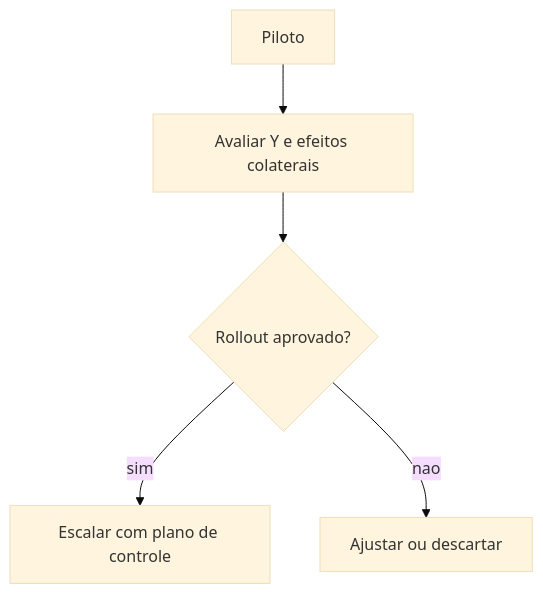
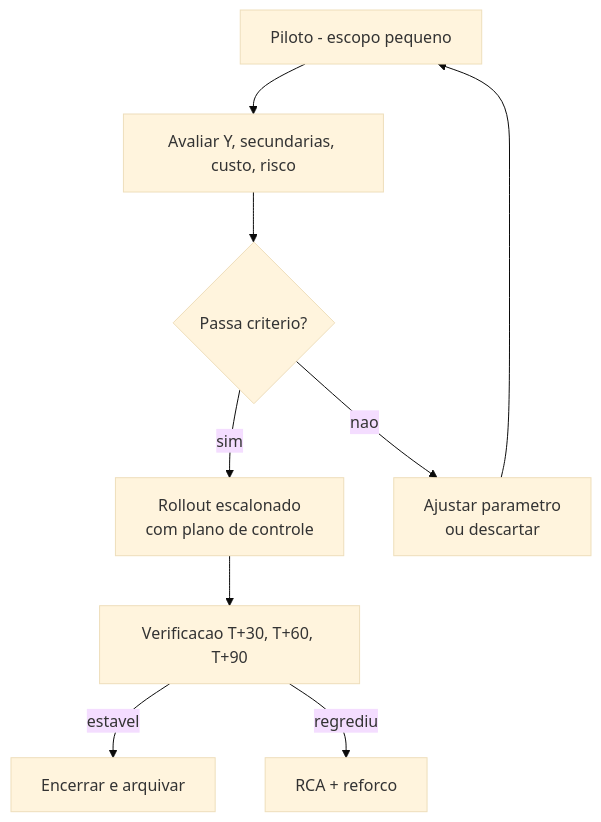
Before and after one commit to cleberhensel/logisticon-academy: the diagram in aulas/trilha-melhoria-continua-e-processos/modulo-02-six-sigma-logistica/aula-03-melhorar-controlar-poka-yoke-sop.md, drawn with Mermaid (base theme). The commit also changed other lines of this file and 122 other files, not shown here.

````diff
--- a/aulas/trilha-melhoria-continua-e-processos/modulo-02-six-sigma-logistica/aula-03-melhorar-controlar-poka-yoke-sop.md
+++ b/aulas/trilha-melhoria-continua-e-processos/modulo-02-six-sigma-logistica/aula-03-melhorar-controlar-poka-yoke-sop.md
@@ -44,11 +70,14 @@
 ```mermaid
 flowchart TD
-  P[Piloto]
-  E[Avaliar Y e efeitos colaterais]
-  R{Rollout aprovado?}
-  S[Escalar com plano de controle]
-  A[Ajustar ou descartar]
+  P[Piloto - escopo pequeno]
+  E[Avaliar Y, secundarias, custo, risco]
+  R{Passa criterio?}
+  S[Rollout escalonado<br/>com plano de controle]
+  A[Ajustar parametro<br/>ou descartar]
+  V[Verificacao T+30, T+60, T+90]
   P --> E --> R
-  R -->|sim| S
-  R -->|nao| A
+  R -->|sim| S --> V
+  R -->|nao| A --> P
+  V -->|estavel| Final[Encerrar e arquivar]
+  V -->|regrediu| RCA[RCA + reforco]
 ```
````
